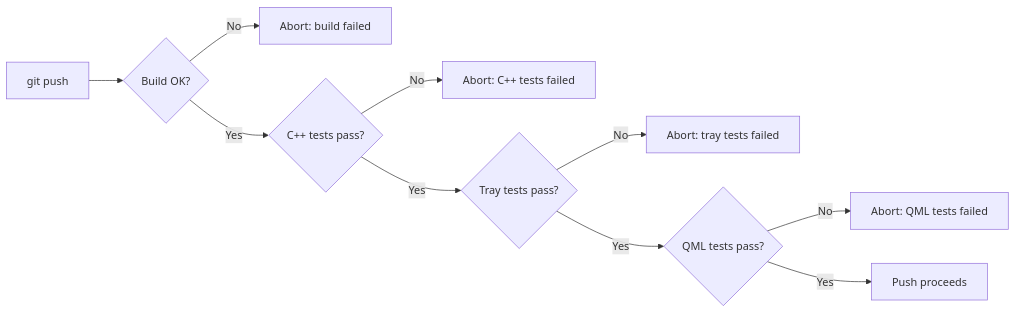
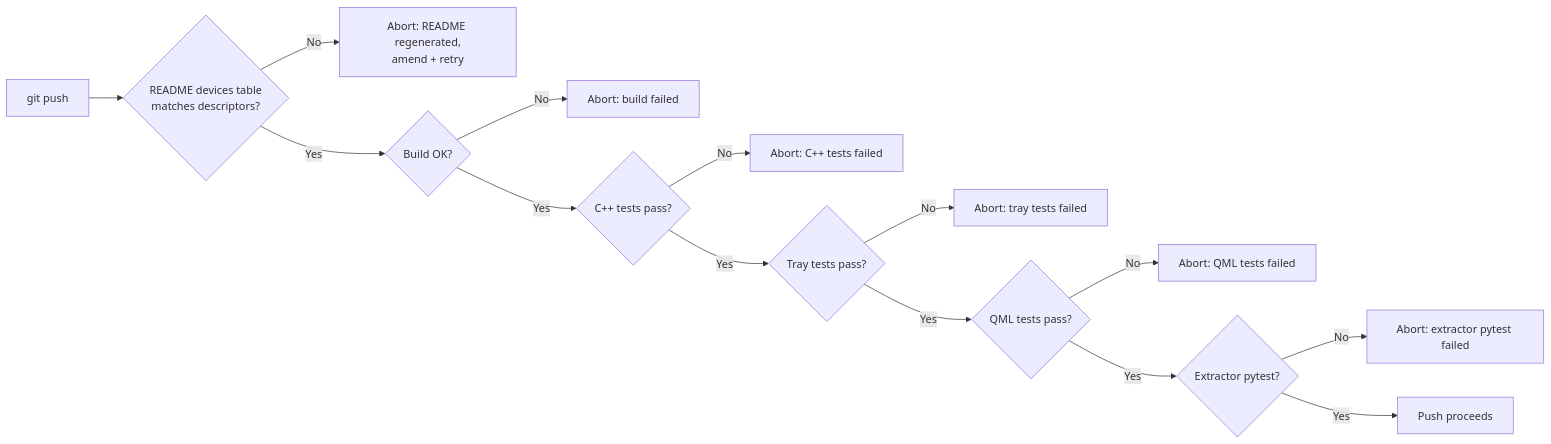
One commit to GarrettGR/logitune changed the third of 3 diagrams in docs/wiki/Testing.md. Above: the diagram before and after it, drawn with Mermaid. The commit also changed other lines of this file and 12 other files, not shown here.

````diff
--- a/docs/wiki/Testing.md
+++ b/docs/wiki/Testing.md
@@ -383,12 +383,16 @@
 ```mermaid
 graph LR
-    Push[git push] --> Build{Build OK?}
+    Push[git push] --> Lint{README devices table<br/>matches descriptors?}
+    Lint -->|No| Abort0[Abort: README regenerated,<br/>amend + retry]
+    Lint -->|Yes| Build{Build OK?}
     Build -->|No| Abort1[Abort: build failed]
     Build -->|Yes| CPP{C++ tests pass?}
     CPP -->|No| Abort2[Abort: C++ tests failed]
     CPP -->|Yes| Tray{Tray tests pass?}
     Tray -->|No| Abort3[Abort: tray tests failed]
     Tray -->|Yes| QML{QML tests pass?}
     QML -->|No| Abort4[Abort: QML tests failed]
-    QML -->|Yes| Push2[Push proceeds]
+    QML -->|Yes| Py{Extractor pytest?}
+    Py -->|No| Abort5[Abort: extractor pytest failed]
+    Py -->|Yes| Push2[Push proceeds]
 ```
````
